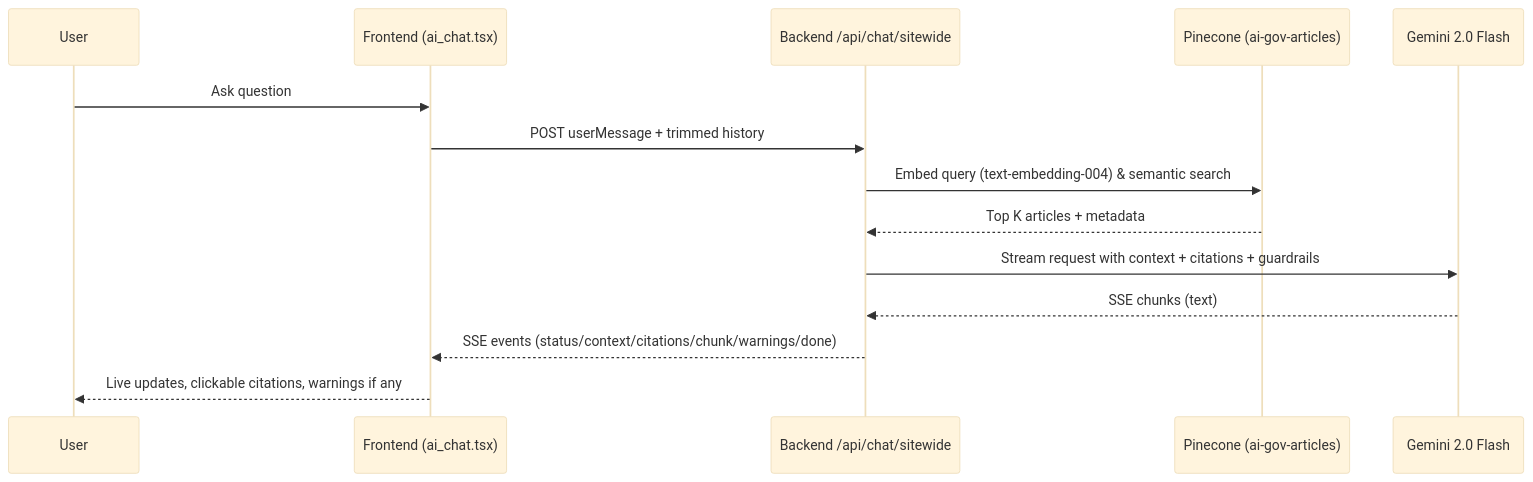
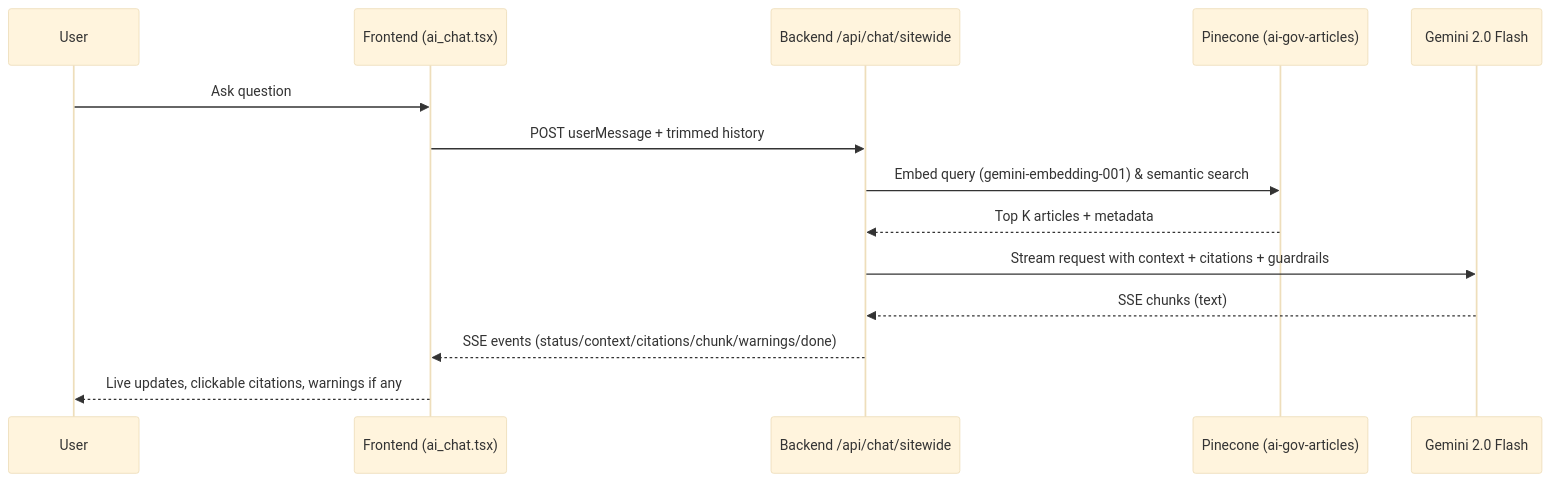
The fourth of 5 diagrams in README.md (hoangsonww/AI-Gov-Content-Curator), drawn with Mermaid (base theme) before and after one commit. The commit also changed other lines of this file and 85 other files, not shown here.

Commit message:
Update embedding model to use Google's gemini-embedding-001 in pinecone.service.ts

````diff
--- a/README.md
+++ b/README.md
@@ -1067,17 +1067,17 @@
 ```mermaid
 sequenceDiagram
     participant User
     participant UI as Frontend (ai_chat.tsx)
     participant API as Backend /api/chat/sitewide
     participant Vec as Pinecone (ai-gov-articles)
     participant LLM as Gemini 2.0 Flash
 
     User->>UI: Ask question
     UI->>API: POST userMessage + trimmed history
-    API->>Vec: Embed query (text-embedding-004) & semantic search
+    API->>Vec: Embed query (gemini-embedding-001) & semantic search
     Vec-->>API: Top K articles + metadata
     API->>LLM: Stream request with context + citations + guardrails
     LLM-->>API: SSE chunks (text)
     API-->>UI: SSE events (status/context/citations/chunk/warnings/done)
     UI-->>User: Live updates, clickable citations, warnings if any
 ```
````
